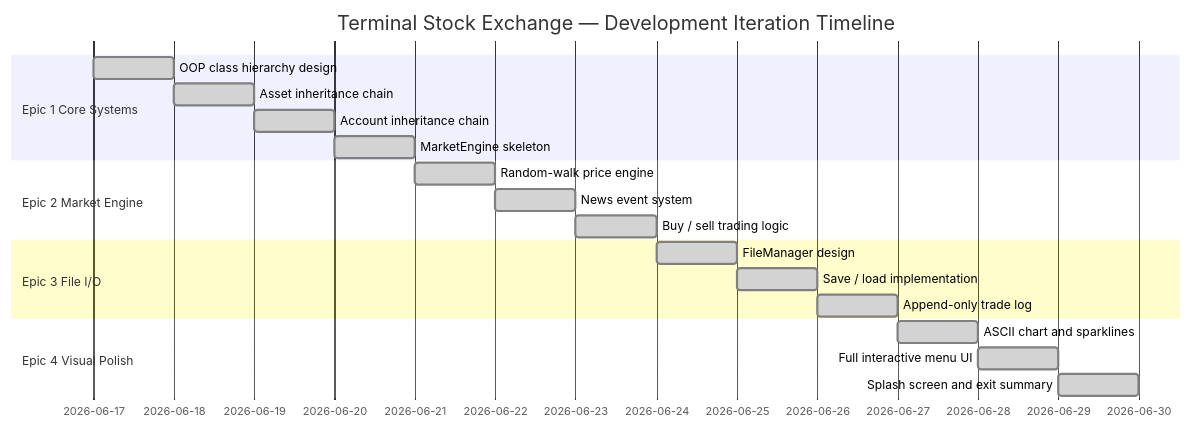
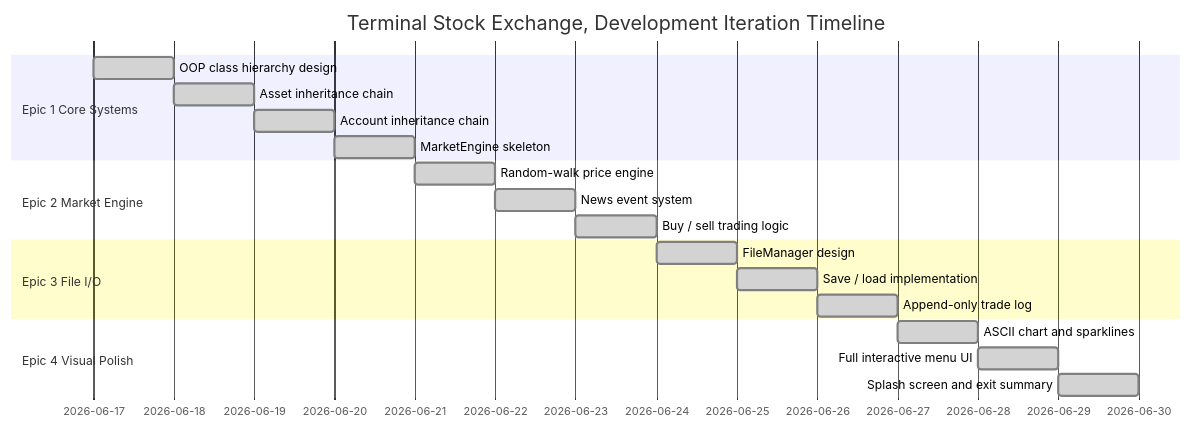
The second of 2 diagrams in DEVELOPMENT.md (mendresvon/Terminal-Stock-Exchange), drawn with Mermaid before and after one commit. The commit also changed other lines of this file and 4 other files, not shown here.

Commit message:
docs: revise architecture and development notes

````diff
--- a/DEVELOPMENT.md
+++ b/DEVELOPMENT.md
@@ -443,22 +443,22 @@
 ```mermaid
 gantt
-    title Terminal Stock Exchange — Development Iteration Timeline
+    title Terminal Stock Exchange, Development Iteration Timeline
     dateFormat  YYYY-MM-DD
     section Epic 1 Core Systems
     OOP class hierarchy design     :done, e1a, 2026-06-17, 1d
     Asset inheritance chain        :done, e1b, after e1a, 1d
     Account inheritance chain      :done, e1c, after e1b, 1d
     MarketEngine skeleton          :done, e1d, after e1c, 1d
     section Epic 2 Market Engine
     Random-walk price engine       :done, e2a, after e1d, 1d
     News event system              :done, e2b, after e2a, 1d
     Buy / sell trading logic       :done, e2c, after e2b, 1d
     section Epic 3 File I/O
     FileManager design             :done, e3a, after e2c, 1d
     Save / load implementation     :done, e3b, after e3a, 1d
     Append-only trade log          :done, e3c, after e3b, 1d
     section Epic 4 Visual Polish
     ASCII chart and sparklines     :done, e4a, after e3c, 1d
     Full interactive menu UI       :done, e4b, after e4a, 1d
     Splash screen and exit summary :done, e4c, after e4b, 1d
 ```
````
